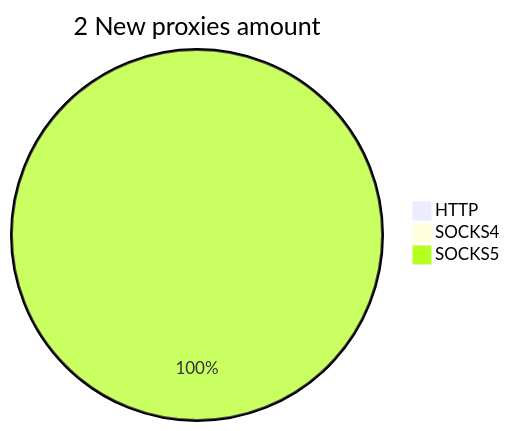
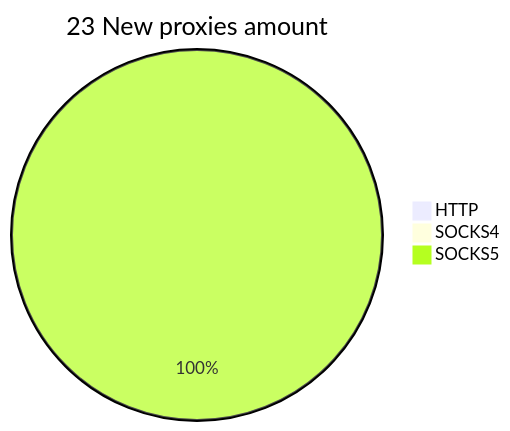
Before and after one commit to cutipu/proxylist: the second of 2 diagrams in README.md, drawn with Mermaid. The commit also changed other lines of this file, not shown here.

````diff
--- a/README.md
+++ b/README.md
@@ -10,6 +10,6 @@
 ```mermaid
-pie title 2 New proxies amount
+pie title 23 New proxies amount
     "HTTP" : 0
     "SOCKS4" : 0
-    "SOCKS5" : 2
+    "SOCKS5" : 24
 ```
````
